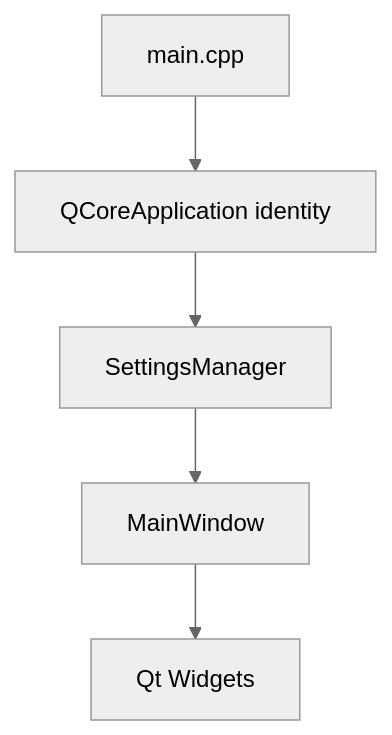
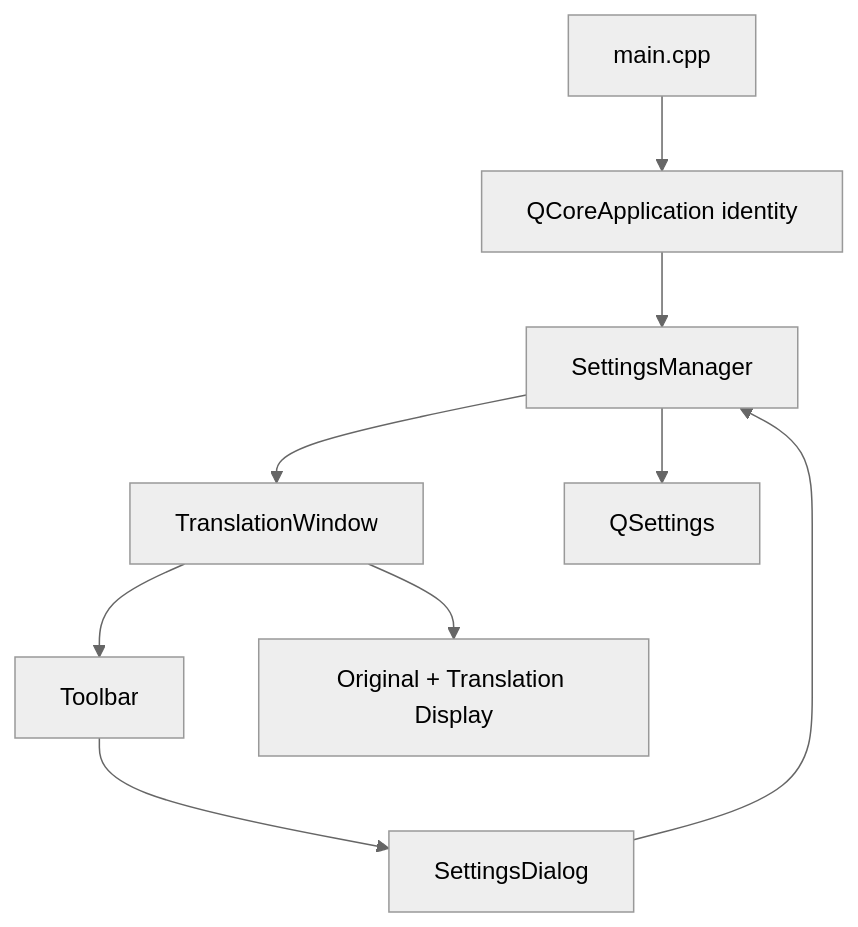
Before and after one commit to dada561431/Translator: the third of 4 diagrams in docs/architecture.md, drawn with Mermaid (neutral theme). The commit also changed other lines of this file and 12 other files, not shown here.

Commit message:
Refactor UI into floating translation window

````diff
--- a/docs/architecture.md
+++ b/docs/architecture.md
@@ -117,7 +117,11 @@
 ```mermaid
 flowchart TD
     Main[main.cpp] --> Identity[QCoreApplication identity]
     Identity --> Settings[SettingsManager]
-    Settings --> Window[MainWindow]
-    Window --> Widgets[Qt Widgets]
+    Settings --> Window[TranslationWindow]
+    Window --> Toolbar[Toolbar]
+    Window --> Display[Original + Translation Display]
+    Toolbar --> Dialog[SettingsDialog]
+    Dialog --> Settings
+    Settings --> Store[QSettings]
 ```
````
